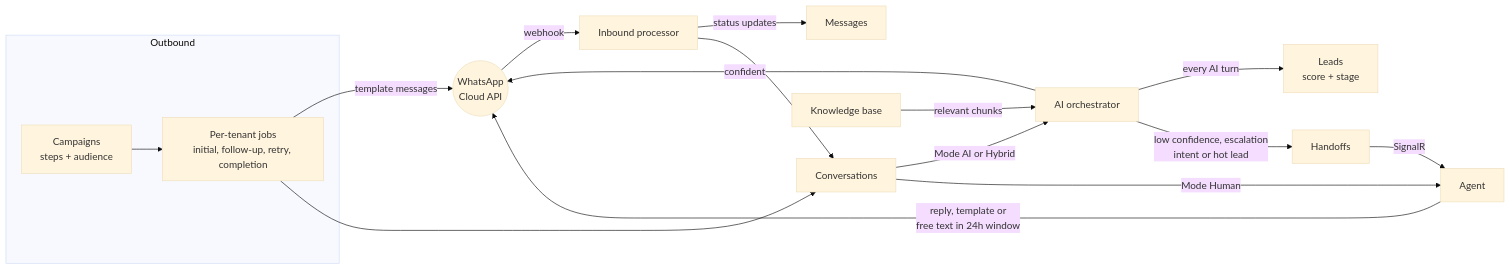
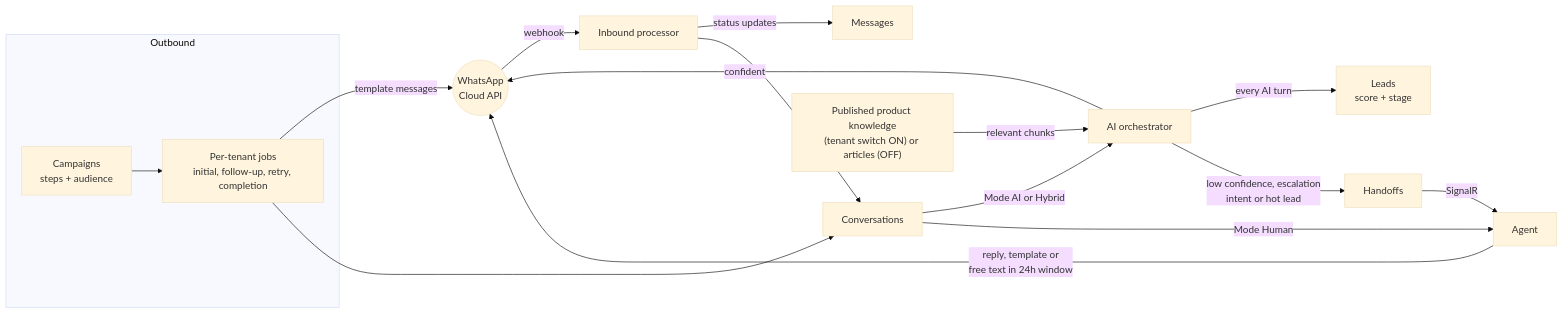
Before and after one commit to aquarianchd83/AI-Sales-Automation-System-angular: the diagram in docs/MODULE-FLOWS.md, drawn with Mermaid (base theme). The commit also changed other lines of this file and 22 other files, not shown here.

First line of the commit message:
Tenant UI: remove the Knowledge Base screens; point the AI-setup checklist at product knowledge

````diff
--- a/docs/MODULE-FLOWS.md
+++ b/docs/MODULE-FLOWS.md
@@ -20,19 +20,19 @@
 ```mermaid
 flowchart LR
     subgraph Outbound
         CAMP["Campaigns<br/>steps + audience"] --> JOBS["Per-tenant jobs<br/>initial, follow-up, retry, completion"]
     end
     JOBS -- "template messages" --> WA(("WhatsApp<br/>Cloud API"))
     WA -- "webhook" --> WH["Inbound processor"]
     WH -- "status updates" --> MSG["Messages"]
     JOBS --> CONV
     WH --> CONV["Conversations"]
     CONV -- "Mode AI or Hybrid" --> ORCH["AI orchestrator"]
-    KB["Knowledge base"] -- "relevant chunks" --> ORCH
+    KB["Published product knowledge<br/>(tenant switch ON) or articles (OFF)"] -- "relevant chunks" --> ORCH
     ORCH -- "confident" --> WA
     ORCH -- "every AI turn" --> LEAD["Leads<br/>score + stage"]
     ORCH -- "low confidence, escalation<br/>intent or hot lead" --> HO["Handoffs"]
     HO -- "SignalR" --> AGENT["Agent"]
     CONV -- "Mode Human" --> AGENT
     AGENT -- "reply, template or<br/>free text in 24h window" --> WA
 ```
````
